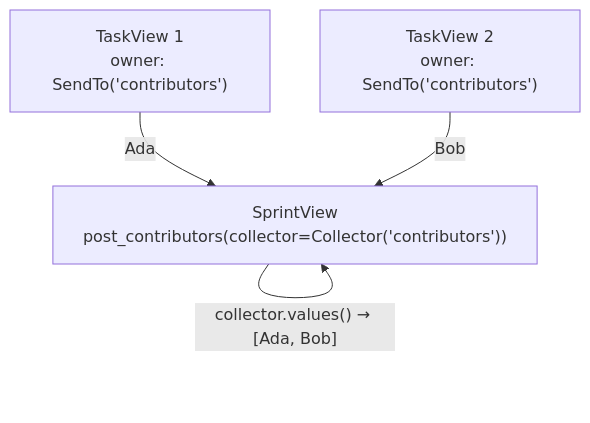
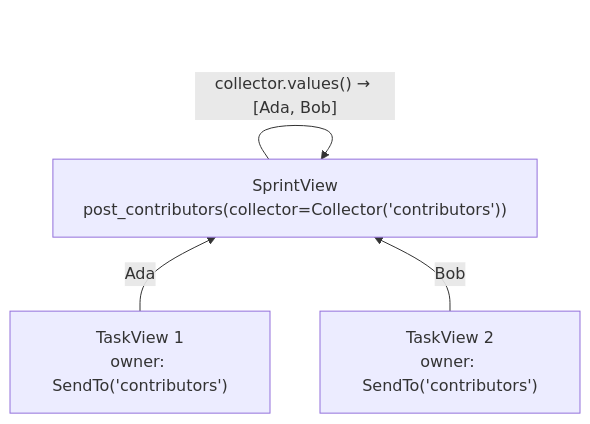
The second of 3 diagrams in docs/cross_layer_data_flow.md (allmonday/pydantic-resolve), drawn with Mermaid before and after one commit. The commit also changed other lines of this file and 20 other files, not shown here.

````diff
--- a/docs/cross_layer_data_flow.md
+++ b/docs/cross_layer_data_flow.md
@@ -191,10 +96,10 @@
 ```mermaid
-flowchart TB
+flowchart BT
     T1["TaskView 1<br/>owner: SendTo('contributors')"]
     T2["TaskView 2<br/>owner: SendTo('contributors')"]
     S["SprintView<br/>post_contributors(collector=Collector('contributors'))"]
 
     T1 -->|"Ada"| S
     T2 -->|"Bob"| S
     S -->|"collector.values() → [Ada, Bob]"| S
 ```
````
